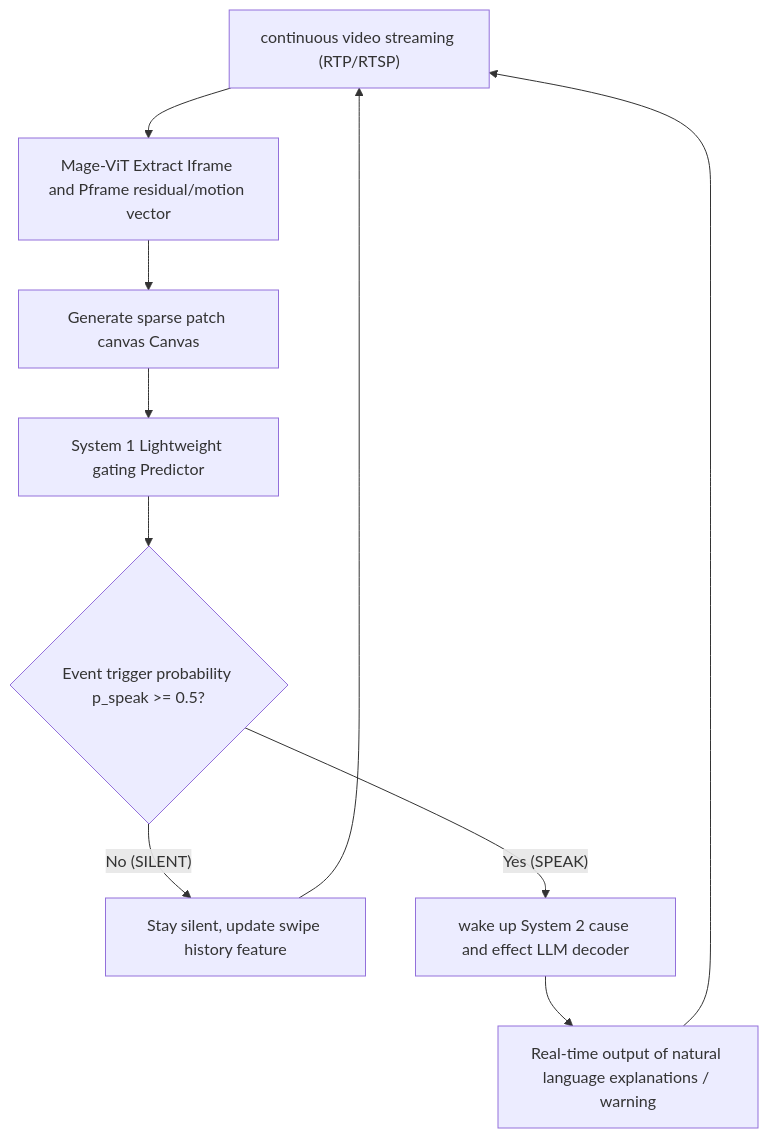
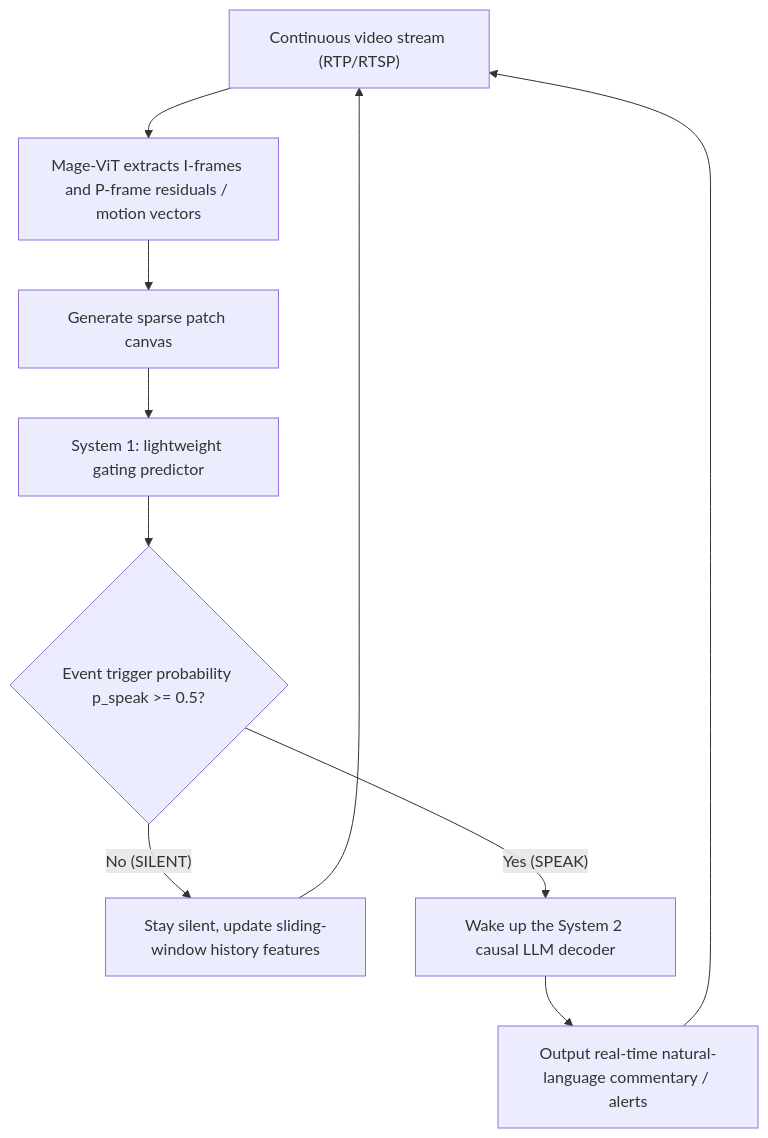
Before and after one commit to TingdeLiu/tingdeliu.github.io: diagram 15 of 15 in _translations/en/research/VLM-Survey.md, drawn with Mermaid. The commit also changed other lines of this file and 51 other files, not shown here.

````diff
--- a/_translations/en/research/VLM-Survey.md
+++ b/_translations/en/research/VLM-Survey.md
@@ -2708,12 +2708,12 @@
 ```mermaid
 graph TD
-    A["continuous video streaming (RTP/RTSP)"] --> B["Mage-ViT Extract Iframe and Pframe residual/motion vector"]
-    B --> C["Generate sparse patch canvas Canvas"]
-    C --> D["System 1 Lightweight gating Predictor"]
+    A["Continuous video stream (RTP/RTSP)"] --> B["Mage-ViT extracts I-frames and P-frame residuals / motion vectors"]
+    B --> C["Generate sparse patch canvas"]
+    C --> D["System 1: lightweight gating predictor"]
     D --> E{"Event trigger probability p_speak >= 0.5?"}
-    E -- "No (SILENT)" --> F["Stay silent, update swipe history feature"]
-    E -- "Yes (SPEAK)" --> G["wake up System 2 cause and effect LLM decoder"]
-    G --> H["Real-time output of natural language explanations / warning"]
+    E -- "No (SILENT)" --> F["Stay silent, update sliding-window history features"]
+    E -- "Yes (SPEAK)" --> G["Wake up the System 2 causal LLM decoder"]
+    G --> H["Output real-time natural-language commentary / alerts"]
     F --> A
     H --> A
 ```
````
